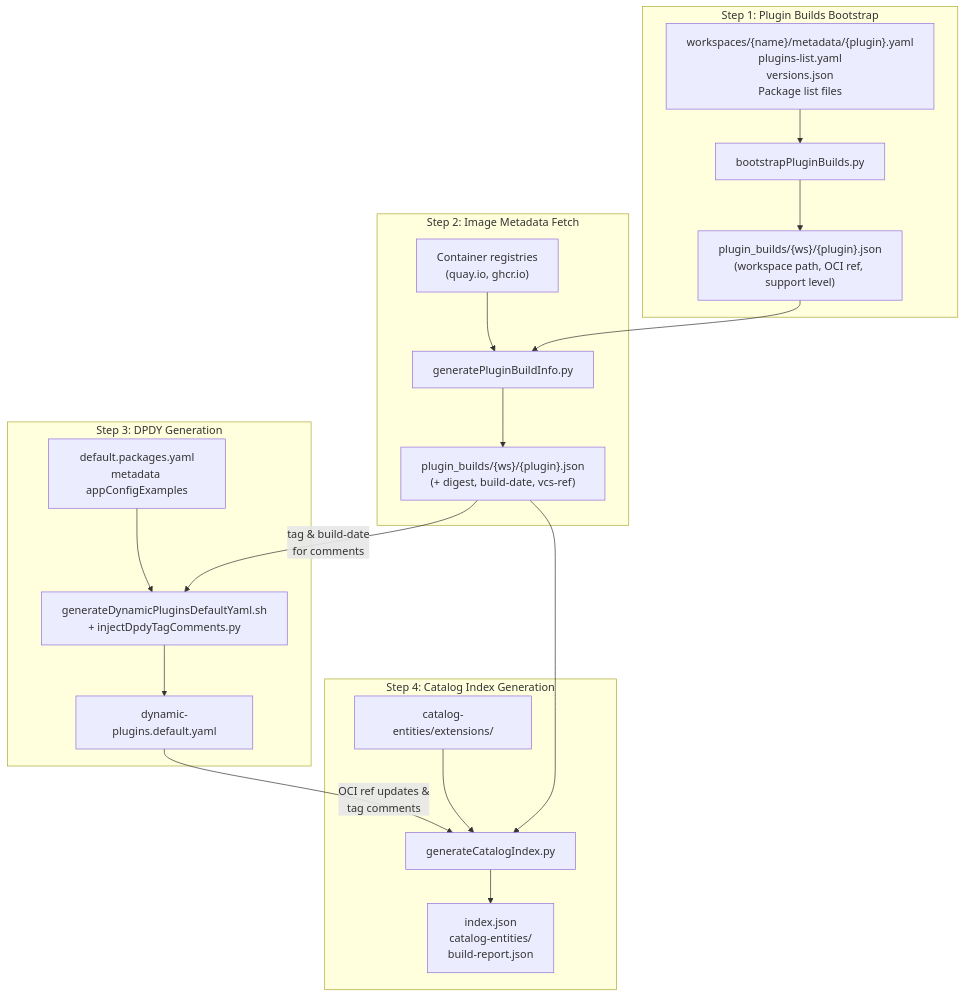
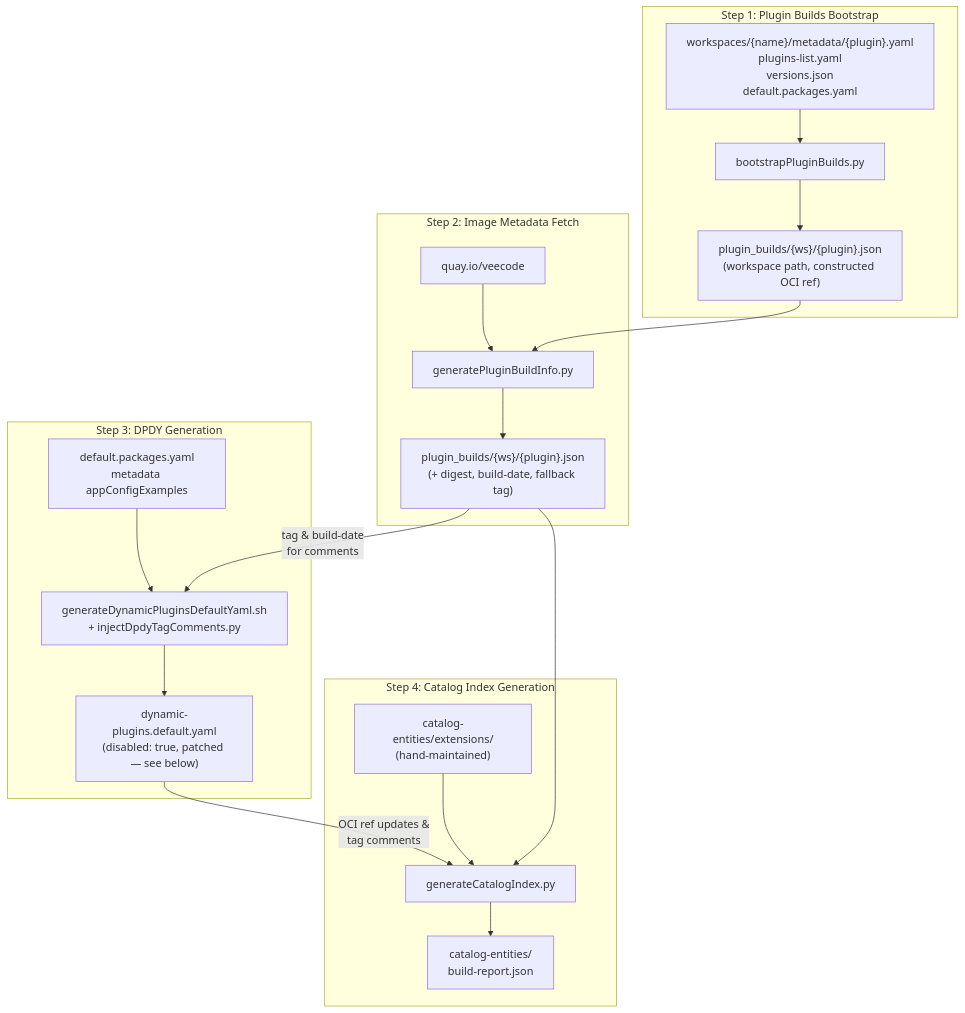
One commit to veecode-platform/devportal-plugin-export-overlays changed the second of 2 diagrams in user-guide/07-plugin-catalog-index.md. Above: the diagram before and after it, drawn with Mermaid. The commit also changed other lines of this file and 17 other files, not shown here.

First line of the commit message:
feat(catalog-index): adopt upstream RHDH index pipeline (ADR-008 WS-2a)

````diff
--- a/user-guide/07-plugin-catalog-index.md
+++ b/user-guide/07-plugin-catalog-index.md
@@ -72,35 +51,35 @@
 ```mermaid
 flowchart TB
     subgraph "Step 1: Plugin Builds Bootstrap"
-        S1_IN["workspaces/{name}/metadata/{plugin}.yaml<br/>plugins-list.yaml<br/>versions.json<br/>Package list files"]
+        S1_IN["workspaces/{name}/metadata/{plugin}.yaml<br/>plugins-list.yaml<br/>versions.json<br/>default.packages.yaml"]
         S1["bootstrapPluginBuilds.py"]
-        S1_OUT["plugin_builds/{ws}/{plugin}.json<br/>(workspace path, OCI ref, support level)"]
+        S1_OUT["plugin_builds/{ws}/{plugin}.json<br/>(workspace path, constructed OCI ref)"]
         S1_IN --> S1 --> S1_OUT
     end
 
     subgraph "Step 2: Image Metadata Fetch"
         S2["generatePluginBuildInfo.py"]
-        S2_OUT["plugin_builds/{ws}/{plugin}.json<br/>(+ digest, build-date, vcs-ref)"]
+        S2_OUT["plugin_builds/{ws}/{plugin}.json<br/>(+ digest, build-date, fallback tag)"]
         S1_OUT --> S2
-        REG["Container registries<br/>(quay.io, ghcr.io)"] --> S2
+        REG["quay.io/veecode"] --> S2
         S2 --> S2_OUT
     end
 
     subgraph "Step 3: DPDY Generation"
         S3_IN["default.packages.yaml<br/>metadata appConfigExamples"]
         S3["generateDynamicPluginsDefaultYaml.sh<br/>+ injectDpdyTagComments.py"]
-        S3_OUT["dynamic-plugins.default.yaml"]
+        S3_OUT["dynamic-plugins.default.yaml<br/>(disabled: true, patched — see below)"]
         S3_IN --> S3
         S2_OUT -- "tag & build-date<br/>for comments" --> S3
         S3 --> S3_OUT
     end
 
     subgraph "Step 4: Catalog Index Generation"
         S4["generateCatalogIndex.py"]
-        S4_OUT["index.json<br/>catalog-entities/<br/>build-report.json"]
+        S4_OUT["catalog-entities/<br/>build-report.json"]
         S2_OUT --> S4
         S3_OUT -- "OCI ref updates &<br/>tag comments" --> S4
-        CATS2["catalog-entities/extensions/"] --> S4
+        CATS2["catalog-entities/extensions/<br/>(hand-maintained)"] --> S4
         S4 --> S4_OUT
     end
 ```
````
